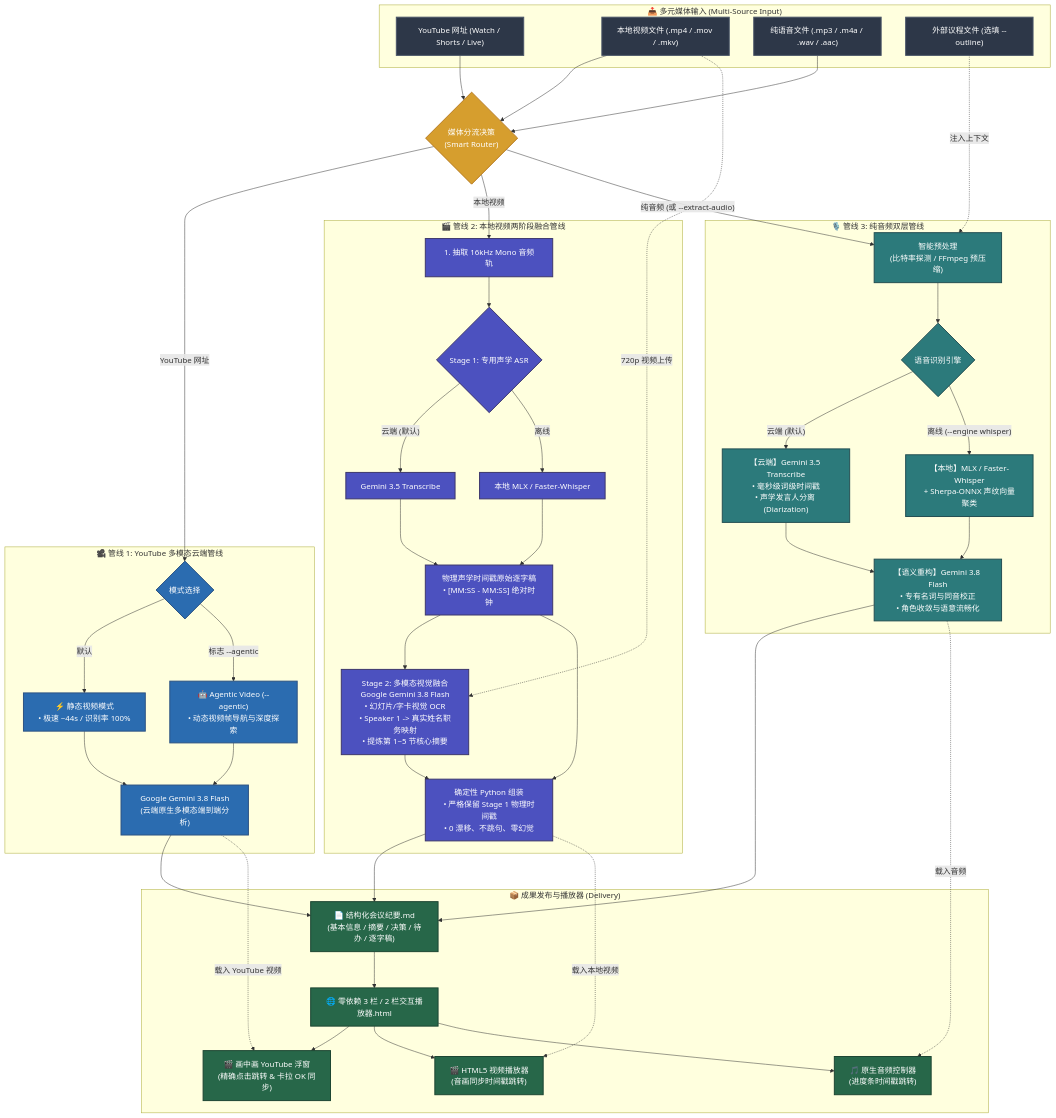
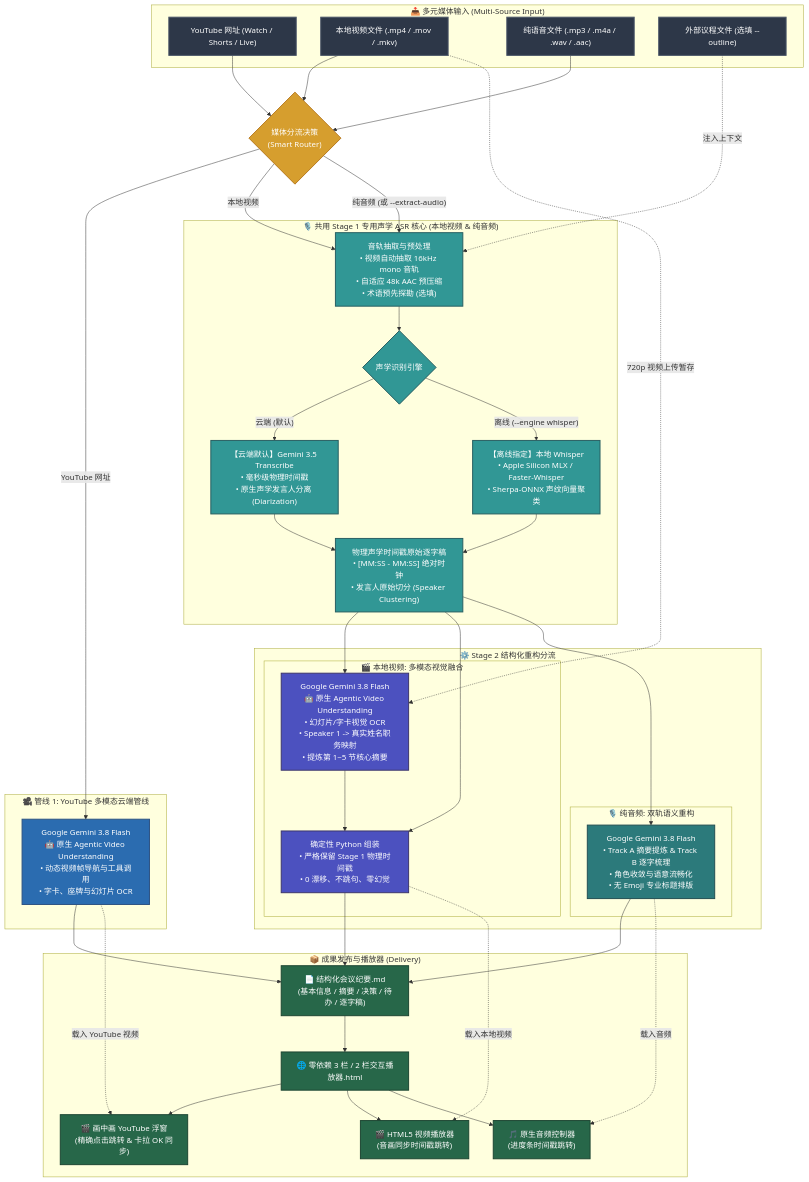
One commit to sylphlin/meeting-transcribe-agent changed the diagram in README.zh-CN.md. Above: the diagram before and after it, drawn with Mermaid. The commit also changed other lines of this file and 9 other files, not shown here.

Commit message:
Unify local video and pure audio Stage 1 ASR core and enable native agentic video understanding by default

```diff
--- a/README.zh-CN.md
+++ b/README.zh-CN.md
@@ -134,6 +134,7 @@
     classDef videoStyle fill:#2B6CB0,stroke:#2C5282,stroke-width:2px,color:#fff;
     classDef fusionStyle fill:#4C51BF,stroke:#3C366B,stroke-width:2px,color:#fff;
     classDef audioStyle fill:#2C7A7B,stroke:#234E52,stroke-width:2px,color:#fff;
+    classDef asrStyle fill:#319795,stroke:#285E61,stroke-width:2px,color:#fff;
     classDef outputStyle fill:#276749,stroke:#1C4532,stroke-width:2px,color:#fff;
 
     subgraph Input["📥 多元媒体输入 (Multi-Source Input)"]
@@ -150,51 +151,43 @@
     A --> Router
 
     subgraph YouTubeTrack["🎥 管线 1: YouTube 多模态云端管线"]
-        YMode{"模式选择"}:::videoStyle
-        Static["⚡ 静态视频模式<br>• 极速 ~44s / 识别率 100%"]:::videoStyle
-        Agentic["🤖 Agentic Video (--agentic)<br>• 动态视频帧导航与深度探索"]:::videoStyle
-        GeminiFlash["Google Gemini 3.8 Flash<br>(云端原生多模态端到端分析)"]:::videoStyle
-
-        YMode -- "默认" --> Static --> GeminiFlash
-        YMode -- "标志 --agentic" --> Agentic --> GeminiFlash
+        GeminiFlash["Google Gemini 3.8 Flash<br>🤖 原生 Agentic Video Understanding<br>• 动态视频帧导航与工具调用<br>• 字卡、座牌与幻灯片 OCR"]:::videoStyle
     end
 
-    subgraph LocalVideoTrack["🎬 管线 2: 本地视频两阶段融合管线"]
-        ExtractAudio["1. 抽取 16kHz Mono 音频轨"]:::fusionStyle
-        VideoASR{"Stage 1: 专用声学 ASR"}:::fusionStyle
-        ASR_Gemini["Gemini 3.5 Transcribe"]:::fusionStyle
-        ASR_Whisper["本地 MLX / Faster-Whisper"]:::fusionStyle
-        RawTranscript["物理声学时间戳原始逐字稿<br>• [MM:SS - MM:SS] 绝对时钟"]:::fusionStyle
-        
-        ExtractAudio --> VideoASR
-        VideoASR -- "云端 (默认)" --> ASR_Gemini --> RawTranscript
-        VideoASR -- "离线" --> ASR_Whisper --> RawTranscript
+    subgraph SharedASR["🎙️ 共用 Stage 1 专用声学 ASR 核心 (本地视频 & 纯音频)"]
+        ExtractTrack["音轨抽取与预处理<br>• 视频自动抽取 16kHz mono 音轨<br>• 自适应 48k AAC 预压缩<br>• 术语预先探勘 (选填)"]:::asrStyle
+        ASREngine{"声学识别引擎"}:::asrStyle
+        ASR_Gemini["【云端默认】Gemini 3.5 Transcribe<br>• 毫秒级物理时间戳<br>• 原生声学发言人分离 (Diarization)"]:::asrStyle
+        ASR_Whisper["【离线指定】本地 Whisper<br>• Apple Silicon MLX / Faster-Whisper<br>• Sherpa-ONNX 声纹向量聚类"]:::asrStyle
+        RawTranscript["物理声学时间戳原始逐字稿<br>• [MM:SS - MM:SS] 绝对时钟<br>• 发言人原始切分 (Speaker Clustering)"]:::asrStyle
 
-        Stage2["Stage 2: 多模态视觉融合<br>Google Gemini 3.8 Flash<br>• 幻灯片/字卡视觉 OCR<br>• Speaker 1 -> 真实姓名职务映射<br>• 提炼第 1~5 节核心摘要"]:::fusionStyle
-        RawTranscript --> Stage2
-        V -. "720p 视频上传" .-> Stage2
-
-        Deterministic["确定性 Python 组装<br>• 严格保留 Stage 1 物理时间戳<br>• 0 漂移、不跳句、零幻觉"]:::fusionStyle
-        Stage2 --> Deterministic
-        RawTranscript --> Deterministic
+        ExtractTrack --> ASREngine
+        ASREngine -- "云端 (默认)" --> ASR_Gemini --> RawTranscript
+        ASREngine -- "离线 (--engine whisper)" --> ASR_Whisper --> RawTranscript
+        O -. 注入上下文 .-> ExtractTrack
     end
 
-    subgraph AudioTrack["🎙️ 管线 3: 纯音频双层管线"]
-        Ingest["智能预处理<br>(比特率探测 / FFmpeg 预压缩)"]:::audioStyle
-        ASREngine{"语音识别引擎"}:::audioStyle
-        GTranscribe["【云端】Gemini 3.5 Transcribe<br>• 毫秒级词级时间戳<br>• 声学发言人分离 (Diarization)"]:::audioStyle
-        OfflineWhisper["【本地】MLX / Faster-Whisper<br>+ Sherpa-ONNX 声纹向量聚类"]:::audioStyle
-        Restructure["【语义重构】Gemini 3.8 Flash<br>• 专有名词与同音校正<br>• 角色收敛与语意流畅化"]:::audioStyle
+    subgraph Stage2Divergence["⚙️ Stage 2 结构化重构分流"]
+        subgraph LocalVideoStage2["🎬 本地视频: 多模态视觉融合"]
+            Stage2Video["Google Gemini 3.8 Flash<br>🤖 原生 Agentic Video Understanding<br>• 幻灯片/字卡视觉 OCR<br>• Speaker 1 -> 真实姓名职务映射<br>• 提炼第 1~5 节核心摘要"]:::fusionStyle
+            Deterministic["确定性 Python 组装<br>• 严格保留 Stage 1 物理时间戳<br>• 0 漂移、不跳句、零幻觉"]:::fusionStyle
+            Stage2Video --> Deterministic
+        end
 
-        Ingest --> ASREngine
-        ASREngine -- "云端 (默认)" --> GTranscribe --> Restructure
-        ASREngine -- "离线 (--engine whisper)" --> OfflineWhisper --> Restructure
-        O -. 注入上下文 .-> Ingest
+        subgraph AudioStage2["🎙️ 纯音频: 双轨语义重构"]
+            Restructure["Google Gemini 3.8 Flash<br>• Track A 摘要提炼 & Track B 逐字梳理<br>• 角色收敛与语意流畅化<br>• 无 Emoji 专业标题排版"]:::audioStyle
+        end
     end
 
-    Router -- "YouTube 网址" --> YMode
-    Router -- "本地视频" --> ExtractAudio
-    Router -- "纯音频 (或 --extract-audio)" --> Ingest
+    Router -- "YouTube 网址" --> GeminiFlash
+    Router -- "本地视频" --> ExtractTrack
+    Router -- "纯音频 (或 --extract-audio)" --> ExtractTrack
+
+    RawTranscript --> Stage2Video
+    V -. "720p 视频上传暂存" .-> Stage2Video
+    RawTranscript --> Deterministic
+
+    RawTranscript --> Restructure
 
     subgraph Delivery["📦 成果发布与播放器 (Delivery)"]
         MD["📄 结构化会议纪要.md<br>(基本信息 / 摘要 / 决策 / 待办 / 逐字稿)"]:::outputStyle
```
